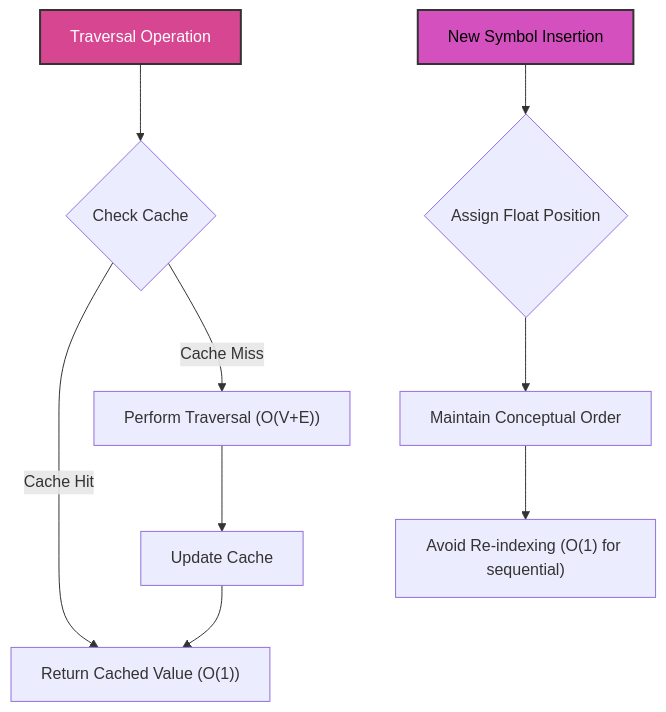
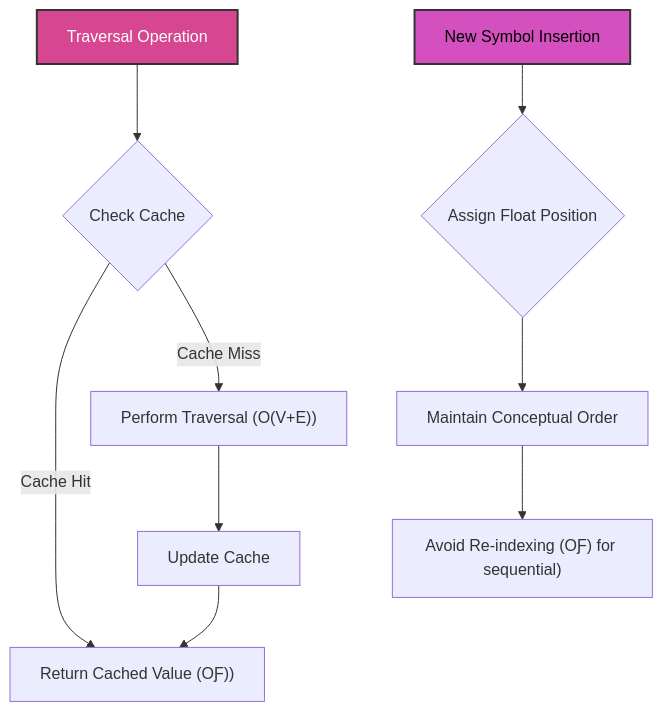
One commit to ikko/sym changed the third of 4 diagrams in docs/readme_details/9_performance/index.md. Above: the diagram before and after it, drawn with Mermaid. The commit also changed other lines of this file and 18 other files, not shown here.

````diff
--- a/docs/readme_details/9_performance/index.md
+++ b/docs/readme_details/9_performance/index.md
@@ -114,16 +114,16 @@
 ```mermaid
 graph TD
     A[Traversal Operation] --> B{Check Cache};
-    B -- "Cache Hit" --> C[Return Cached Value #40;O#40;1#41;#41;];
-    B -- "Cache Miss" --> D[Perform Traversal #40;O#40;V+E#41;#41;];
+    B -- "Cache Hit" --> C[Return Cached Value &#40O&#401&#41&#41];
+    B -- "Cache Miss" --> D[Perform Traversal &#40O&#40V+E&#41&#41];
     D --> E[Update Cache];
     E --> C;
 
     X[New Symbol Insertion] --> Y{Assign Float Position};
     Y --> Z[Maintain Conceptual Order];
-    Z --> AA[Avoid Re-indexing #40;O#40;1#41; for sequential#41;];
+    Z --> AA[Avoid Re-indexing &#40O&#401&#41 for sequential&#41];
     style X fill:#d450bf,stroke:#333,stroke-width:2px,color:#000000;
 
     style A fill:#d74691,stroke:#333,stroke-width:2px,color:#FFFFFF;
     style X fill:#d450bf,stroke:#333,stroke-width:2px,color:#000000;
 ```
````
